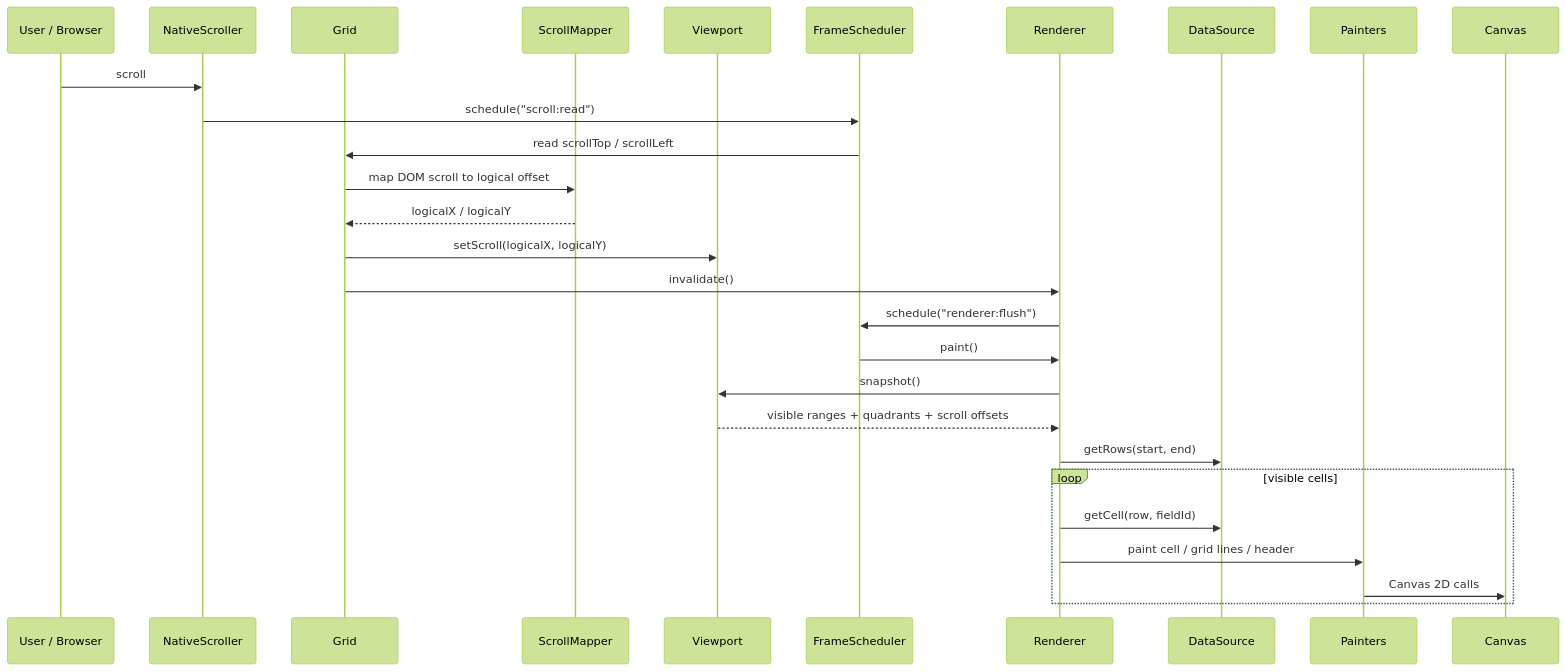
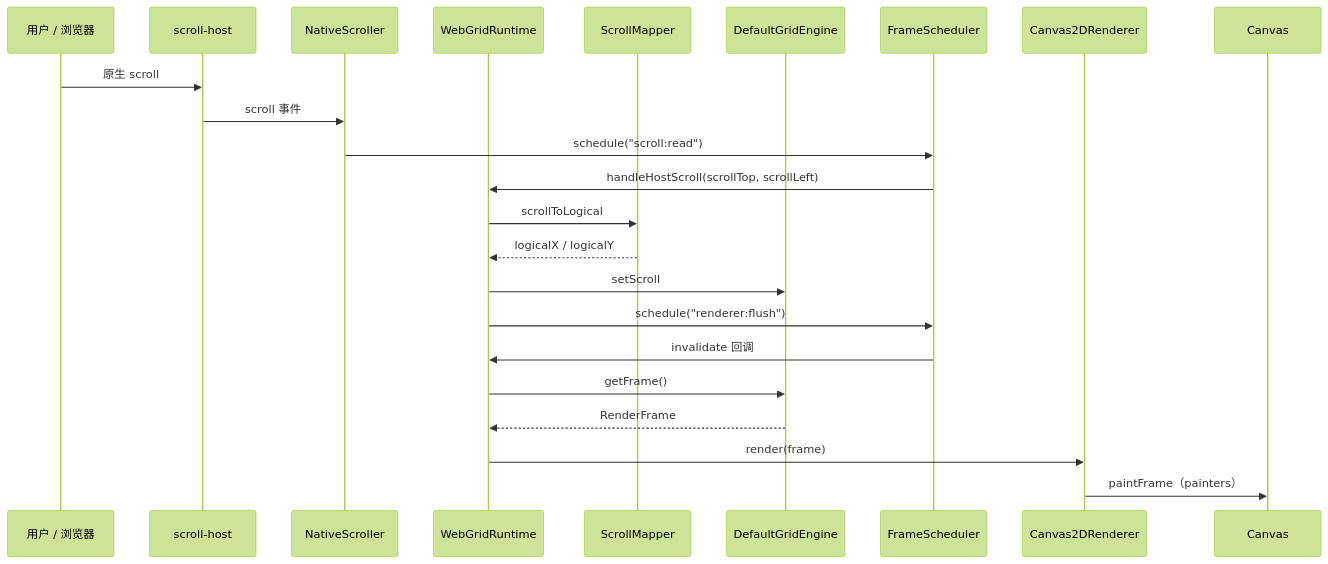
Before and after one commit to r1005410078/NovaSheet: the third of 5 diagrams in docs/architecture.md, drawn with Mermaid (forest theme). The commit also changed other lines of this file and 23 other files, not shown here.

First line of the commit message:
feat(core,web-canvas2d): M3 frozen regions with region-based painting

````diff
--- a/docs/architecture.md
+++ b/docs/architecture.md
@@ -81,31 +103,26 @@
 ```mermaid
 sequenceDiagram
-  participant User as User / Browser
+  participant User as 用户 / 浏览器
+  participant SH as scroll-host
   participant NS as NativeScroller
-  participant G as Grid
+  participant RT as WebGridRuntime
   participant SM as ScrollMapper
-  participant VP as Viewport
+  participant ENG as DefaultGridEngine
   participant FS as FrameScheduler
-  participant R as Renderer
-  participant DS as DataSource
-  participant P as Painters
+  participant R as Canvas2DRenderer
   participant C as Canvas
 
-  User->>NS: scroll
+  User->>SH: 原生 scroll
+  SH->>NS: scroll 事件
   NS->>FS: schedule("scroll:read")
-  FS->>G: read scrollTop / scrollLeft
-  G->>SM: map DOM scroll to logical offset
-  SM-->>G: logicalX / logicalY
-  G->>VP: setScroll(logicalX, logicalY)
-  G->>R: invalidate()
-  R->>FS: schedule("renderer:flush")
-  FS->>R: paint()
-  R->>VP: snapshot()
-  VP-->>R: visible ranges + quadrants + scroll offsets
-  R->>DS: getRows(start, end)
-  loop visible cells
-    R->>DS: getCell(row, fieldId)
-    R->>P: paint cell / grid lines / header
-    P->>C: Canvas 2D calls
-  end
+  FS->>RT: handleHostScroll(scrollTop, scrollLeft)
+  RT->>SM: scrollToLogical
+  SM-->>RT: logicalX / logicalY
+  RT->>ENG: setScroll
+  RT->>FS: schedule("renderer:flush")
+  FS->>RT: invalidate 回调
+  RT->>ENG: getFrame()
+  ENG-->>RT: RenderFrame
+  RT->>R: render(frame)
+  R->>C: paintFrame（painters）
 ```
````
